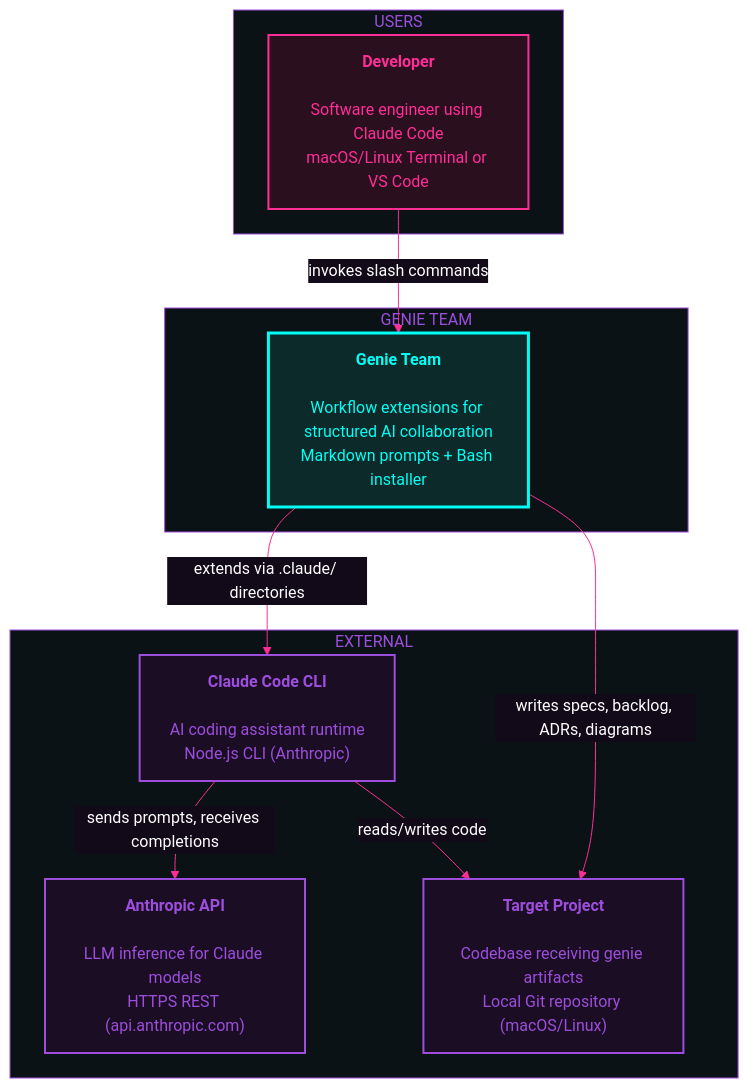
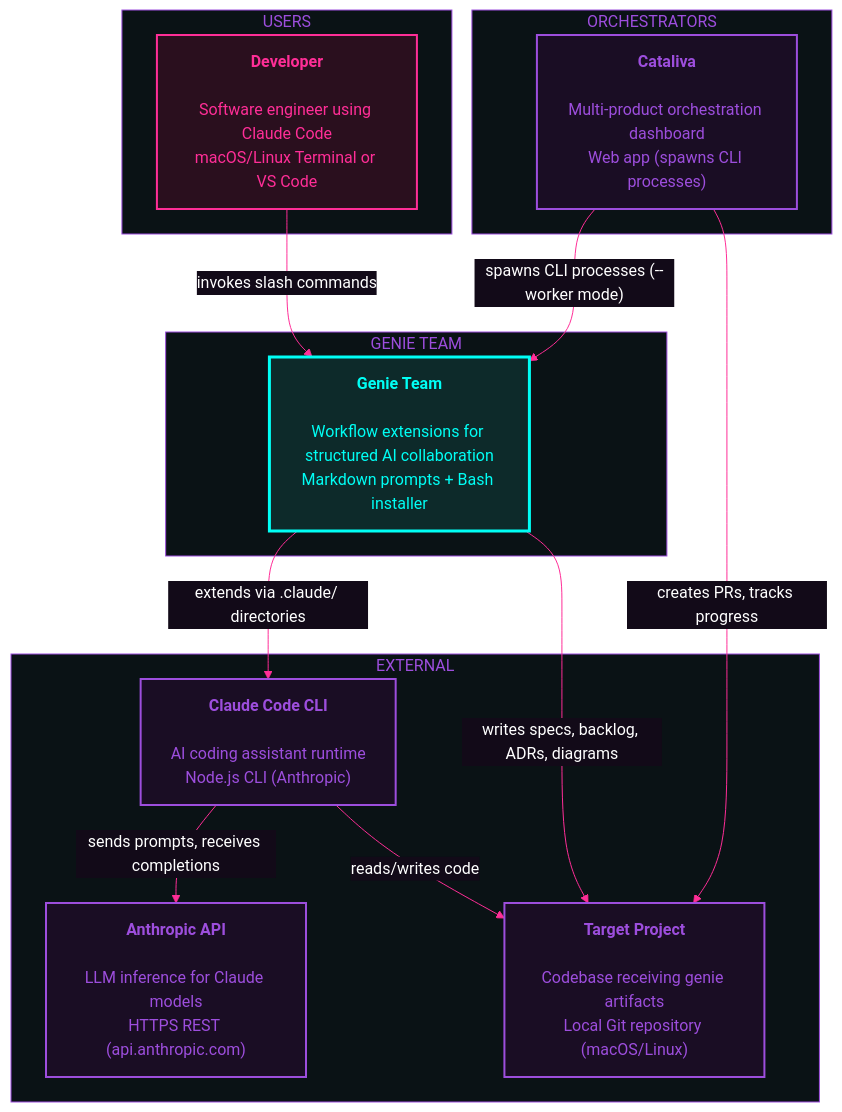
One commit to Elmmly/genie-team changed the diagram in docs/architecture/system-context.md. Above: the diagram before and after it, drawn with Mermaid. The commit also changed other lines of this file and 15 other files, not shown here.

````diff
--- a/docs/architecture/system-context.md
+++ b/docs/architecture/system-context.md
@@ -15,39 +15,45 @@
 ```mermaid
 %%{init: {"theme": "base", "themeVariables": {
   "fontFamily": "system-ui, sans-serif",
   "lineColor": "#ff2e97",
   "primaryColor": "#0d2a2a",
   "primaryTextColor": "#ffffff",
   "primaryBorderColor": "#00fff5",
   "secondaryColor": "#120a18",
   "secondaryTextColor": "#ff2e97",
   "secondaryBorderColor": "#ff2e97",
   "tertiaryColor": "#0a1215",
   "tertiaryTextColor": "#9d4edd",
   "tertiaryBorderColor": "#9d4edd"
 }}}%%
 flowchart TB
     classDef actor fill:#2a0f1e,stroke:#ff2e97,stroke-width:2px,color:#ff2e97
     classDef core fill:#0d2a2a,stroke:#00fff5,stroke-width:3px,color:#00fff5
     classDef external fill:#1a0d24,stroke:#9d4edd,stroke-width:2px,color:#9d4edd
 
     subgraph users ["USERS"]
         developer["<b>Developer</b><br/> <br/><span>Software engineer using Claude Code</span><br/><span>macOS/Linux Terminal or VS Code</span>"]:::actor
     end
 
+    subgraph orchestrators ["ORCHESTRATORS"]
+        cataliva["<b>Cataliva</b><br/> <br/><span>Multi-product orchestration dashboard</span><br/><span>Web app (spawns CLI processes)</span>"]:::external
+    end
+
     subgraph system ["GENIE TEAM"]
         genie_team["<b>Genie Team</b><br/> <br/><span>Workflow extensions for structured AI collaboration</span><br/><span>Markdown prompts + Bash installer</span>"]:::core
     end
 
     subgraph external_boundary ["EXTERNAL"]
         claude_code["<b>Claude Code CLI</b><br/> <br/><span>AI coding assistant runtime</span><br/><span>Node.js CLI (Anthropic)</span>"]:::external
         anthropic_api["<b>Anthropic API</b><br/> <br/><span>LLM inference for Claude models</span><br/><span>HTTPS REST (api.anthropic.com)</span>"]:::external
         target_project["<b>Target Project</b><br/> <br/><span>Codebase receiving genie artifacts</span><br/><span>Local Git repository (macOS/Linux)</span>"]:::external
     end
 
     developer -->|"invokes slash commands"| genie_team
+    cataliva -->|"spawns CLI processes (--worker mode)"| genie_team
     genie_team -->|"extends via .claude/ directories"| claude_code
     claude_code -->|"sends prompts, receives completions"| anthropic_api
     genie_team -->|"writes specs, backlog, ADRs, diagrams"| target_project
     claude_code -->|"reads/writes code"| target_project
+    cataliva -->|"creates PRs, tracks progress"| target_project
 ```
````
